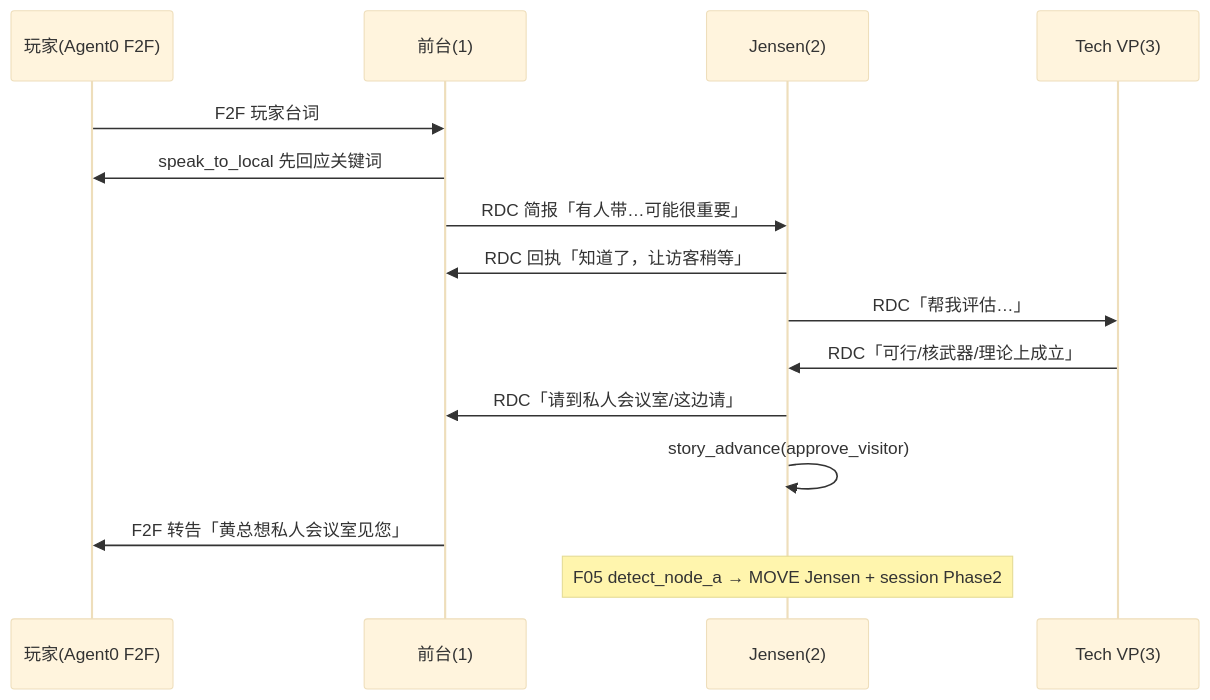
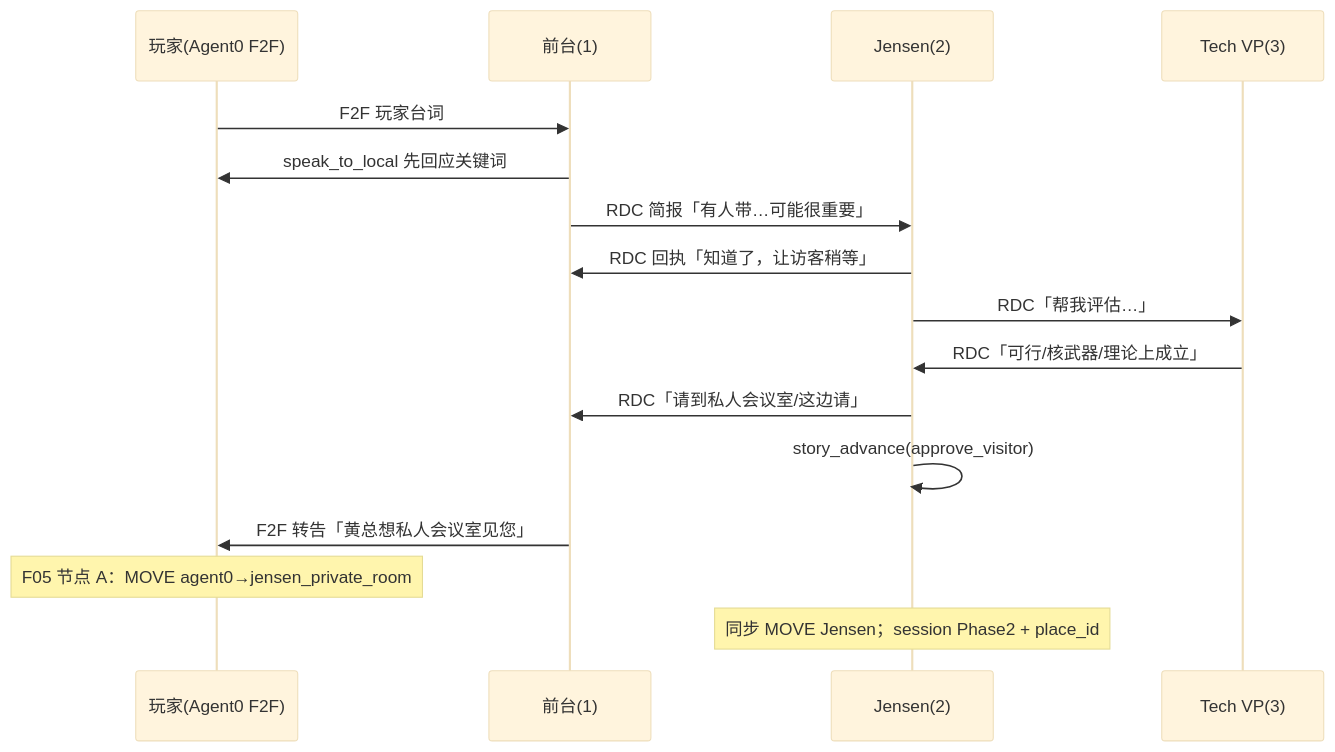
Before and after one commit to euyis1019/demo: the diagram in dev_logs/34_HBM_Demo_剧情Agent引导与虚拟玩家整合方案.md, drawn with Mermaid (base theme). The commit also changed other lines of this file and 9 other files, not shown here.

````diff
--- a/dev_logs/34_HBM_Demo_剧情Agent引导与虚拟玩家整合方案.md
+++ b/dev_logs/34_HBM_Demo_剧情Agent引导与虚拟玩家整合方案.md
@@ -69,18 +70,19 @@
 ```mermaid
 sequenceDiagram
     participant P as 玩家(Agent0 F2F)
     participant R as 前台(1)
     participant J as Jensen(2)
     participant V as Tech VP(3)
 
     P->>R: F2F 玩家台词
     R->>P: speak_to_local 先回应关键词
     R->>J: RDC 简报「有人带…可能很重要」
     J->>R: RDC 回执「知道了，让访客稍等」
     J->>V: RDC「帮我评估…」
     V->>J: RDC「可行/核武器/理论上成立」
     J->>R: RDC「请到私人会议室/这边请」
     J->>J: story_advance(approve_visitor)
     R->>P: F2F 转告「黄总想私人会议室见您」
-    Note over J: F05 detect_node_a → MOVE Jensen + session Phase2
+    Note over P: F05 节点 A：MOVE agent0→jensen_private_room
+    Note over J: 同步 MOVE Jensen；session Phase2 + place_id
 ```
````
